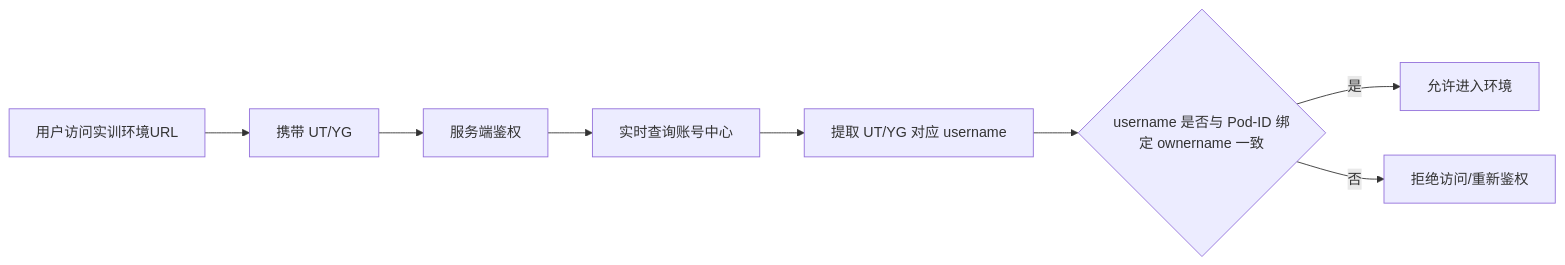
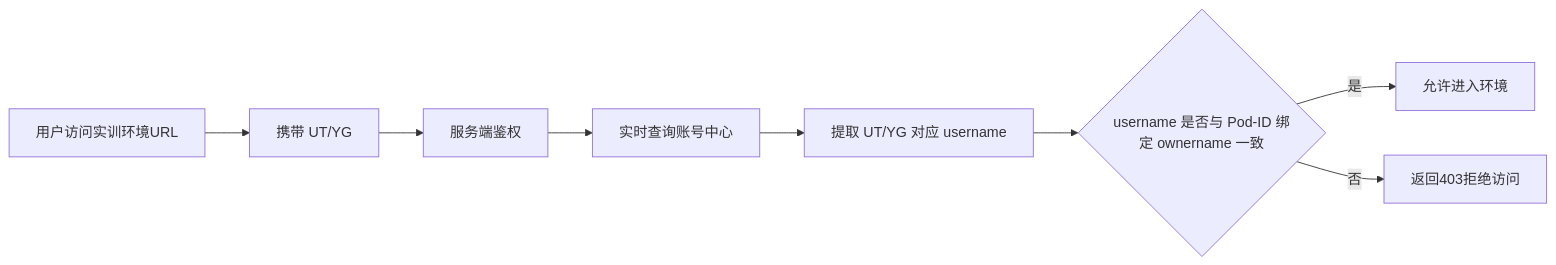
The diagram in opensourceways/backlog/issue_docs/151/Requirement Analysis/#151 Requirement Analysis Specification.md (GeorgeCao-hw/backlog-test), drawn with Mermaid before and after one commit. The commit also changed other lines of this file and 2 other files, not shown here.

````diff
--- a/opensourceways/backlog/issue_docs/151/Requirement Analysis/#151 Requirement Analysis Specification.md
+++ b/opensourceways/backlog/issue_docs/151/Requirement Analysis/#151 Requirement Analysis Specification.md
@@ -40,10 +40,10 @@
 ```mermaid
 flowchart LR
     A[用户访问实训环境URL] --> B[携带 UT/YG]
     B --> C[服务端鉴权]
     C --> D[实时查询账号中心]
     D --> E[提取 UT/YG 对应 username]
     E --> F{username 是否与 Pod-ID 绑定 ownername 一致}
     F -- 是 --> G[允许进入环境]
-    F -- 否 --> H[拒绝访问/重新鉴权]
+    F -- 否 --> H[返回403拒绝访问]
 ```
````
